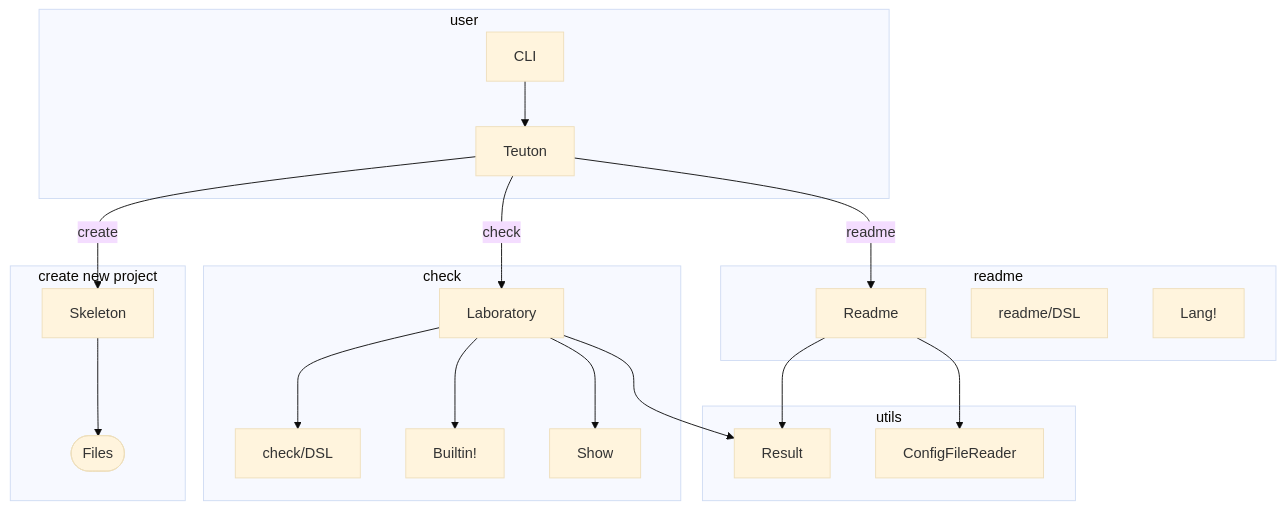
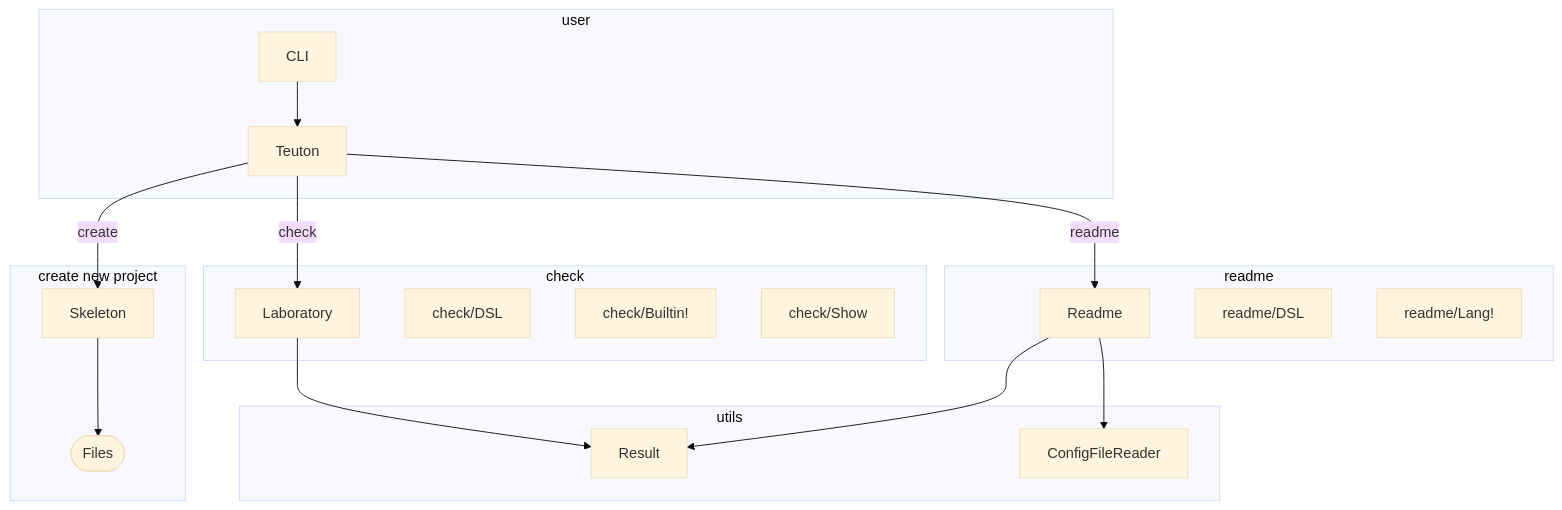
The first of 2 diagrams in docs/diagram.md (teuton-software/teuton), drawn with Mermaid (base theme) before and after one commit.

````diff
--- a/docs/diagram.md
+++ b/docs/diagram.md
@@ -5,33 +5,33 @@
 ```mermaid
 flowchart TB
 
 subgraph user
   CLI --> Teuton
 end
 
 subgraph "create new project"
   Teuton -- create --> Skeleton
   Skeleton --> Files([Files])
 end
 
 subgraph check
   Teuton -- check --> Laboratory
 
-  Laboratory --> check/DSL
-  Laboratory --> Builtin!
-  Laboratory --> Show
+  check/DSL
+  check/Builtin!
+  check/Show
 end
 
 subgraph readme
   Teuton -- readme --> Readme
 
   readme/DSL
-  Lang!  
+  readme/Lang!  
 end
 
 subgraph utils
   Laboratory --> Result
   Readme --> Result
   Readme --> ConfigFileReader
 end
 ```
````
